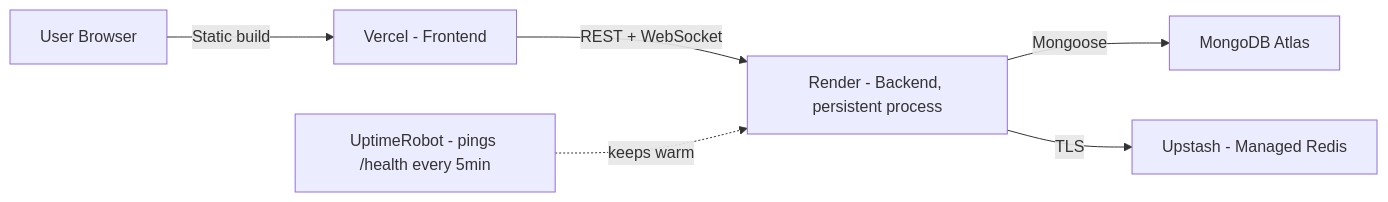
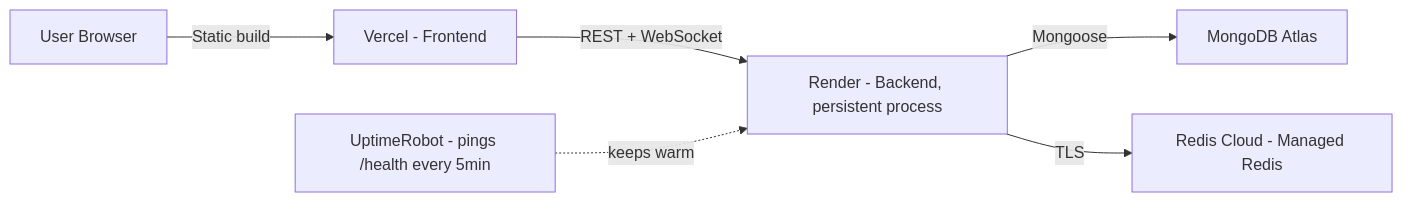
The fifth of 5 diagrams in README.md (shivamkr082003/Ticket-Booking), drawn with Mermaid before and after one commit. The commit also changed other lines of this file and 2 other files, not shown here.

````diff
--- a/README.md
+++ b/README.md
@@ -589,8 +591,8 @@
 ```mermaid
 flowchart LR
     U[User Browser] -->|Static build| V["Vercel - Frontend"]
     V -->|REST + WebSocket| R["Render - Backend, persistent process"]
     R -->|Mongoose| A["MongoDB Atlas"]
-    R -->|TLS| UP["Upstash - Managed Redis"]
+    R -->|TLS| UP["Redis Cloud - Managed Redis"]
     UR["UptimeRobot - pings /health every 5min"] -.->|keeps warm| R
 ```
````
